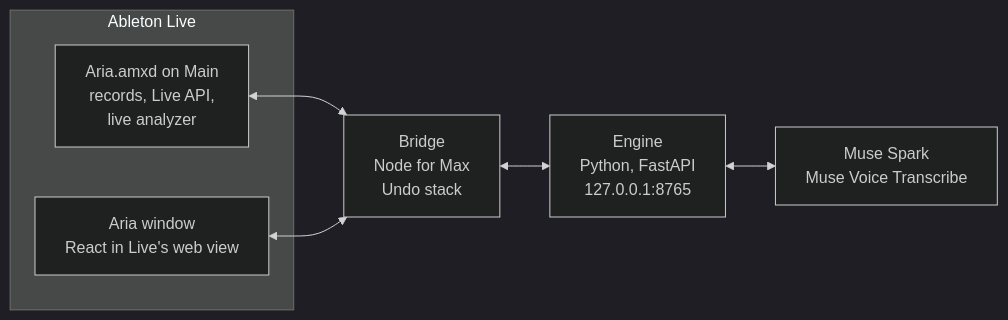
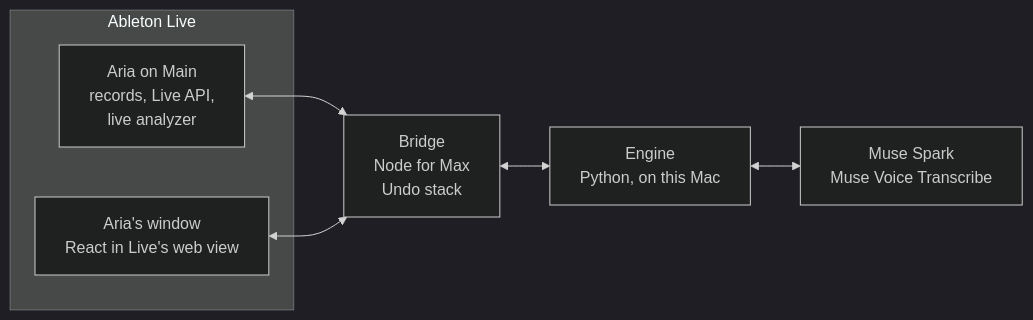
Before and after one commit to Yumstezy/aria: the diagram in README.md, drawn with Mermaid (dark theme). The commit also changed other lines of this file and 1 other file, not shown here.

First line of the commit message:
README rewritten to match the website: Try it first, then How it works, Why it matters, Meta AI, the tools, how it's built, Get Aria, and the team with photos

````diff
--- a/README.md
+++ b/README.md
@@ -180,14 +144,14 @@
 ```mermaid
 flowchart LR
   subgraph Live["Ableton Live"]
-    D["Aria.amxd on Main<br/>records, Live API,<br/>live analyzer"]
-    W["Aria window<br/>React in Live's web view"]
+    D["Aria on Main<br/>records, Live API,<br/>live analyzer"]
+    W["Aria's window<br/>React in Live's web view"]
   end
   B["Bridge<br/>Node for Max<br/>Undo stack"]
-  E["Engine<br/>Python, FastAPI<br/>127.0.0.1:8765"]
+  E["Engine<br/>Python, on this Mac"]
   M["Muse Spark<br/>Muse Voice Transcribe"]
   D <--> B
   W <--> B
   B <--> E
   E <--> M
 ```
````
